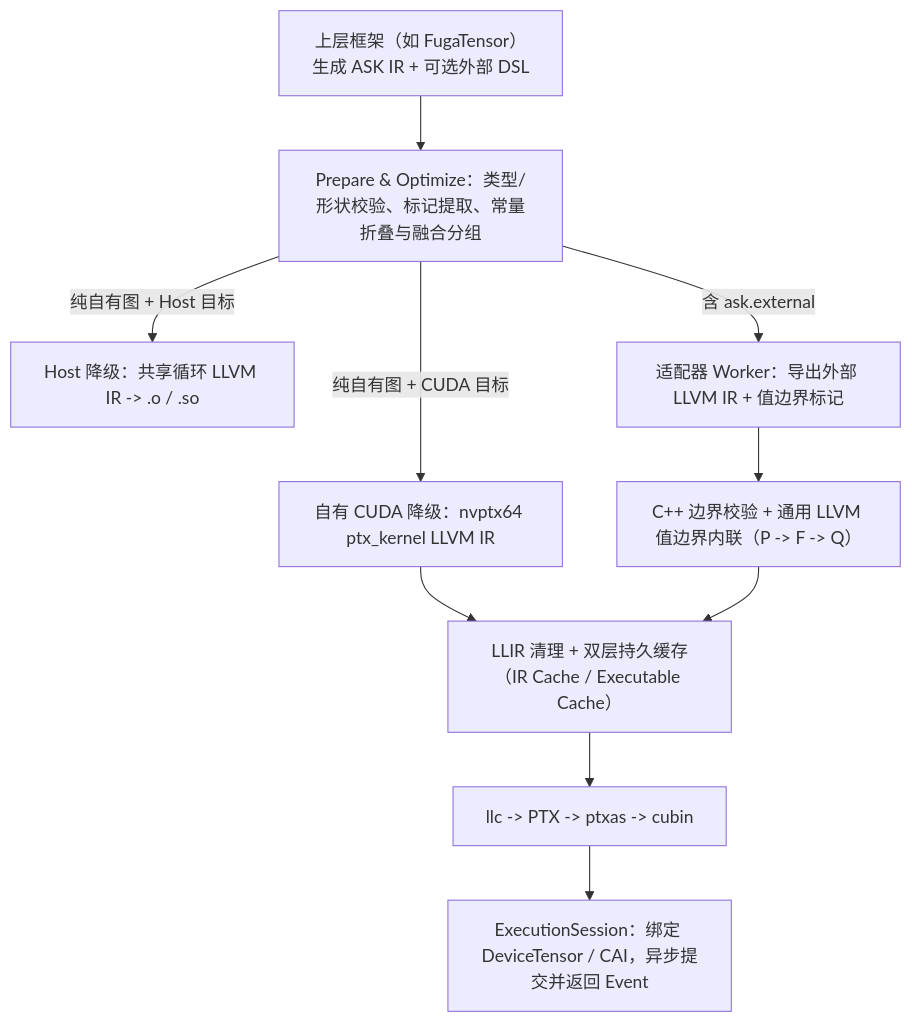
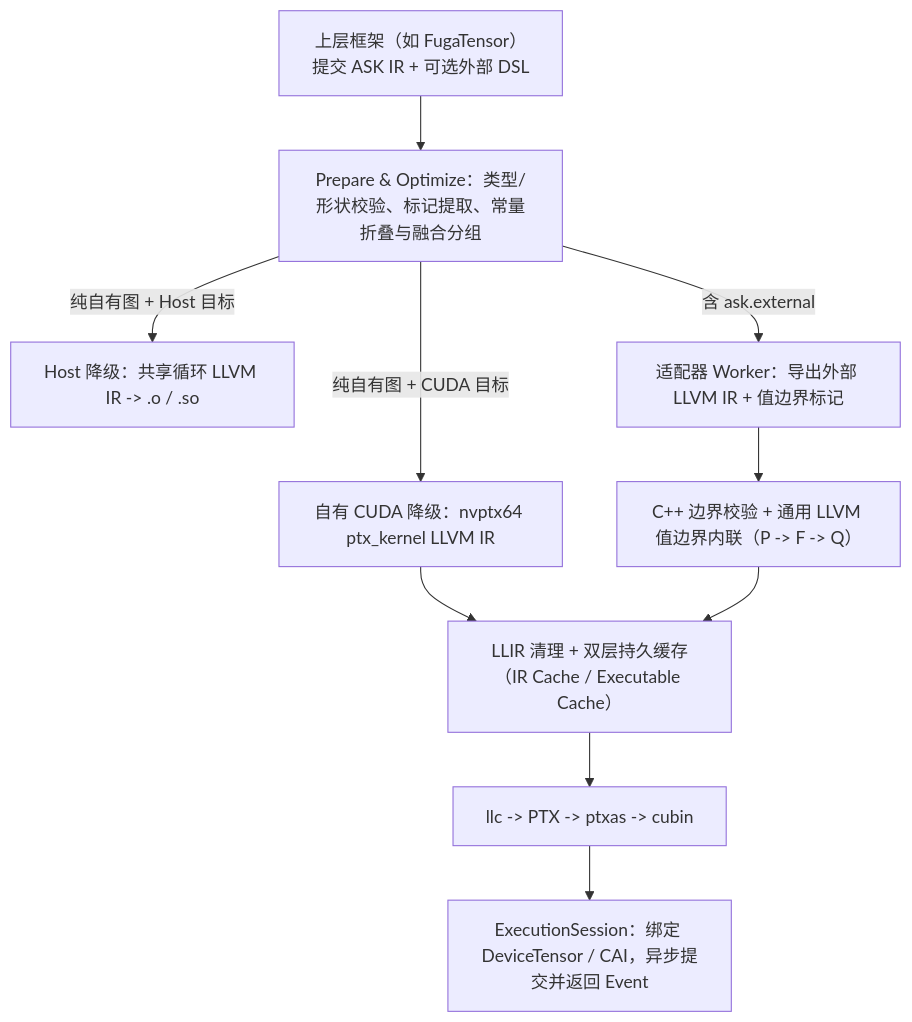
One commit to fugatensor/ask changed the diagram in docs/核心思想.md. Above: the diagram before and after it, drawn with Mermaid. The commit also changed other lines of this file and 12 other files, not shown here.

````diff
--- a/docs/核心思想.md
+++ b/docs/核心思想.md
@@ -87,12 +81,12 @@
 ```mermaid
 flowchart TD
-    F["上层框架（如 FugaTensor）生成 ASK IR + 可选外部 DSL"] --> P["Prepare & Optimize：类型/形状校验、标记提取、常量折叠与融合分组"]
+    F["上层框架（如 FugaTensor）提交 ASK IR + 可选外部 DSL"] --> P["Prepare & Optimize：类型/形状校验、标记提取、常量折叠与融合分组"]
     P -->|纯自有图 + Host 目标| H["Host 降级：共享循环 LLVM IR -> .o / .so"]
     P -->|纯自有图 + CUDA 目标| G["自有 CUDA 降级：nvptx64 ptx_kernel LLVM IR"]
     P -->|含 ask.external| W["适配器 Worker：导出外部 LLVM IR + 值边界标记"]
     W --> I["C++ 边界校验 + 通用 LLVM 值边界内联（P -> F -> Q）"]
     G --> L["LLIR 清理 + 双层持久缓存（IR Cache / Executable Cache）"]
     I --> L
     L --> C["llc -> PTX -> ptxas -> cubin"]
     C --> R["ExecutionSession：绑定 DeviceTensor / CAI，异步提交并返回 Event"]
 ```
````
